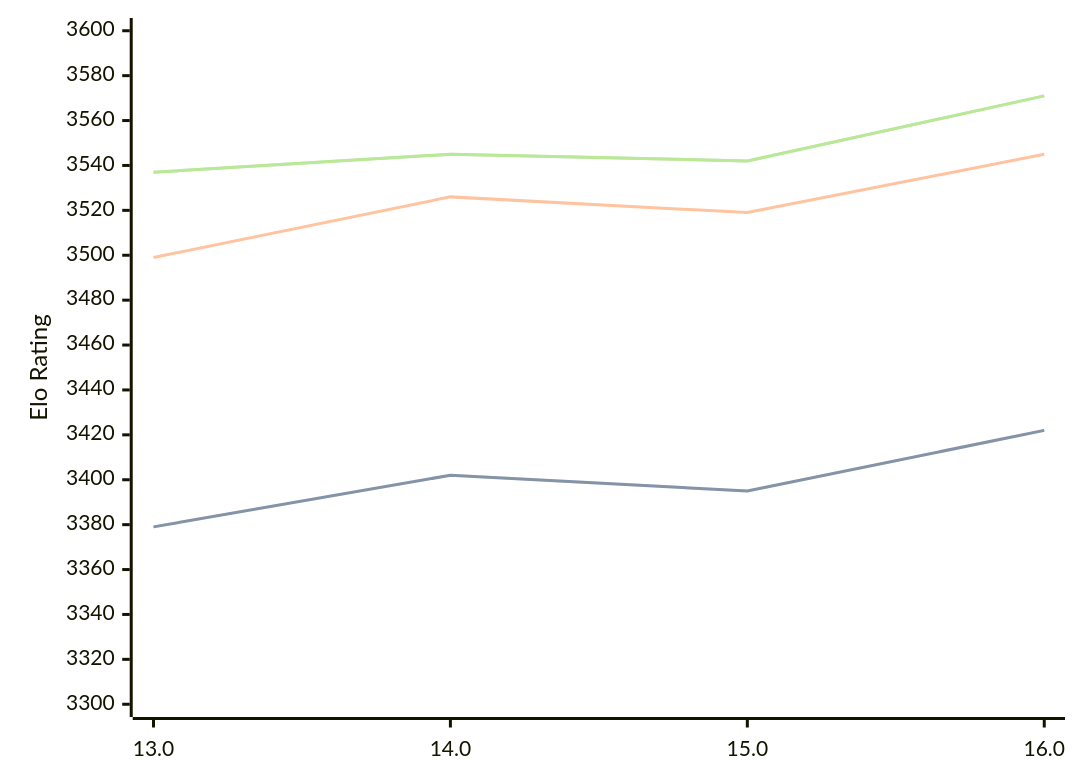
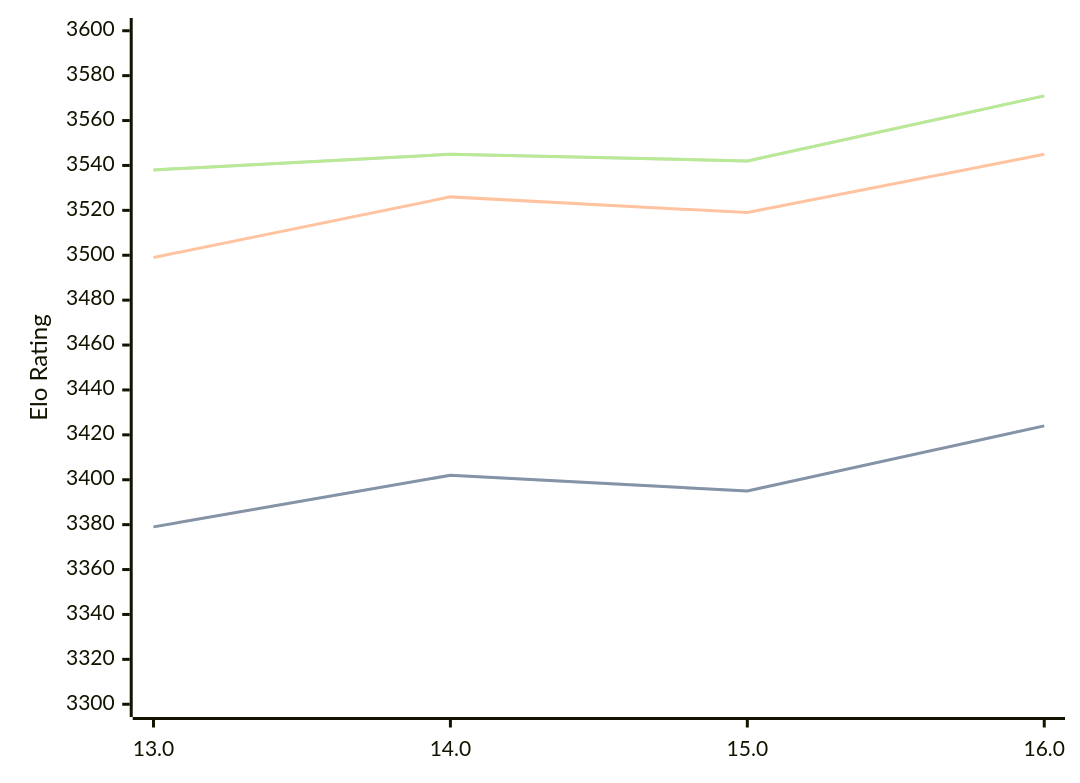
Before and after one commit to computer-chess-index/cci: the diagram in engines/Obsidian.md, drawn with Mermaid. The commit also changed other lines of this file, not shown here.

Commit message:
Update CCI Ratings (ELO VLTC) - 2026-07-20

````diff
--- a/engines/Obsidian.md
+++ b/engines/Obsidian.md
@@ -43,11 +43,11 @@
 ```mermaid
 %%{init: {"theme":"base","themeVariables":{"seriesColors:['#a3a3a3','#222221','#faa371']}}}%%
 xychart-beta
   x-axis ["13.0", "14.0", "15.0", "16.0"]
   y-axis "Elo Rating" 3300 --> 3600
-  line "STC (8.0+0.08s)" [3379, 3402, 3395, 3422]
-  line "STC (8.0+0.08s)" [3379, 3402, 3395, 3422]
+  line "STC (8.0+0.08s)" [3379, 3402, 3395, 3424]
+  line "STC (8.0+0.08s)" [3379, 3402, 3395, 3424]
   line "LTC (60.0+0.60s)" [3499, 3526, 3519, 3545]
-  line "VLTC (2m24s+1.12s)" [3537, 3545, 3542, 3571]
-  line "VLTC (2m24s+1.12s)" [3537, 3545, 3542, 3571]
+  line "VLTC (2m24s+1.12s)" [3538, 3545, 3542, 3571]
+  line "VLTC (2m24s+1.12s)" [3538, 3545, 3542, 3571]
 ```
````
